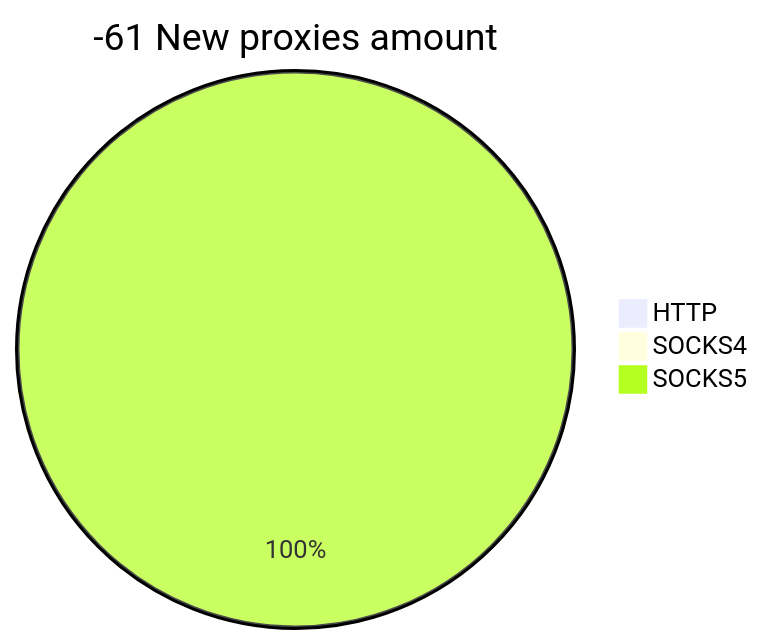
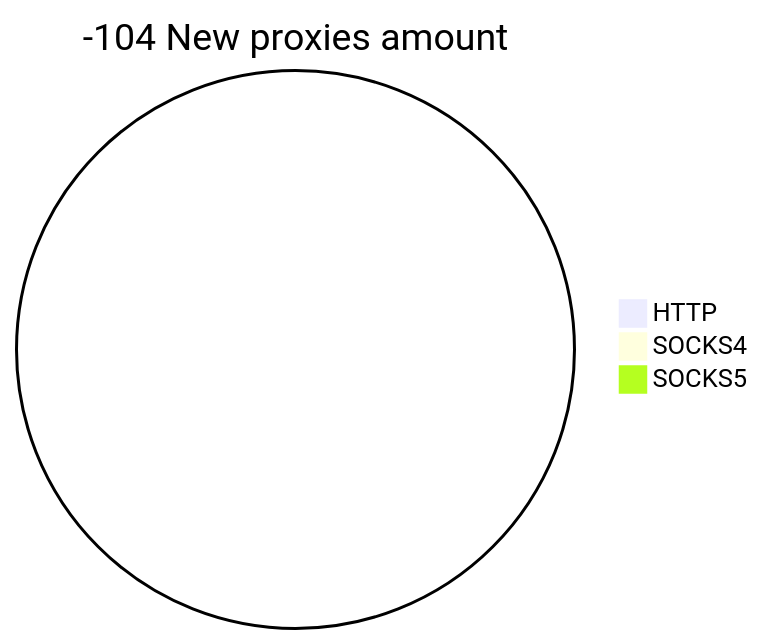
The second of 2 diagrams in README.md (cutipu/proxylist), drawn with Mermaid before and after one commit. The commit also changed other lines of this file, not shown here.

````diff
--- a/README.md
+++ b/README.md
@@ -10,6 +10,6 @@
 ```mermaid
-pie title -61 New proxies amount
+pie title -104 New proxies amount
     "HTTP" : 0
     "SOCKS4" : 0
-    "SOCKS5" : 1
+    "SOCKS5" : 0
 ```
````
